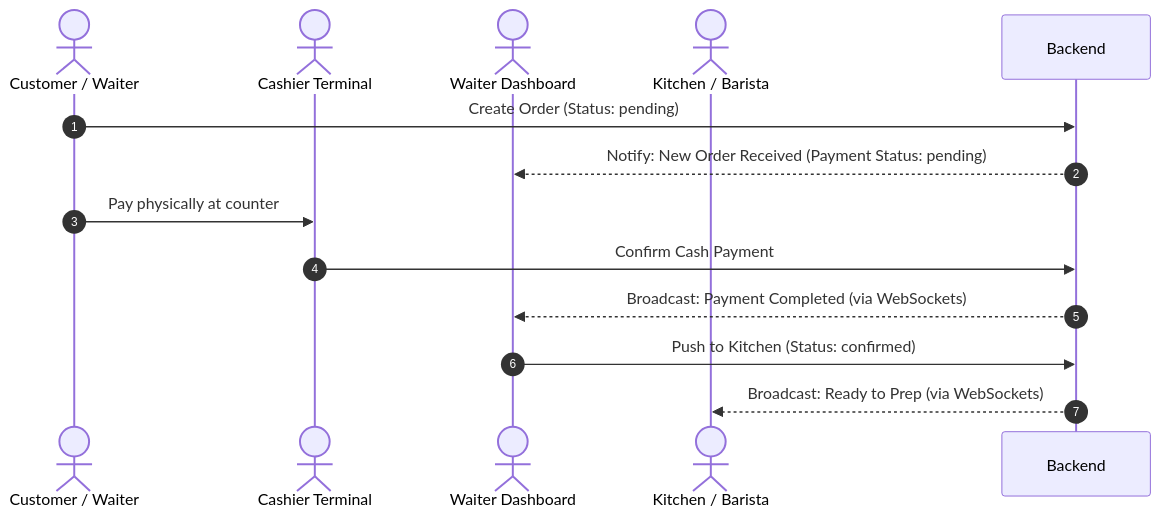
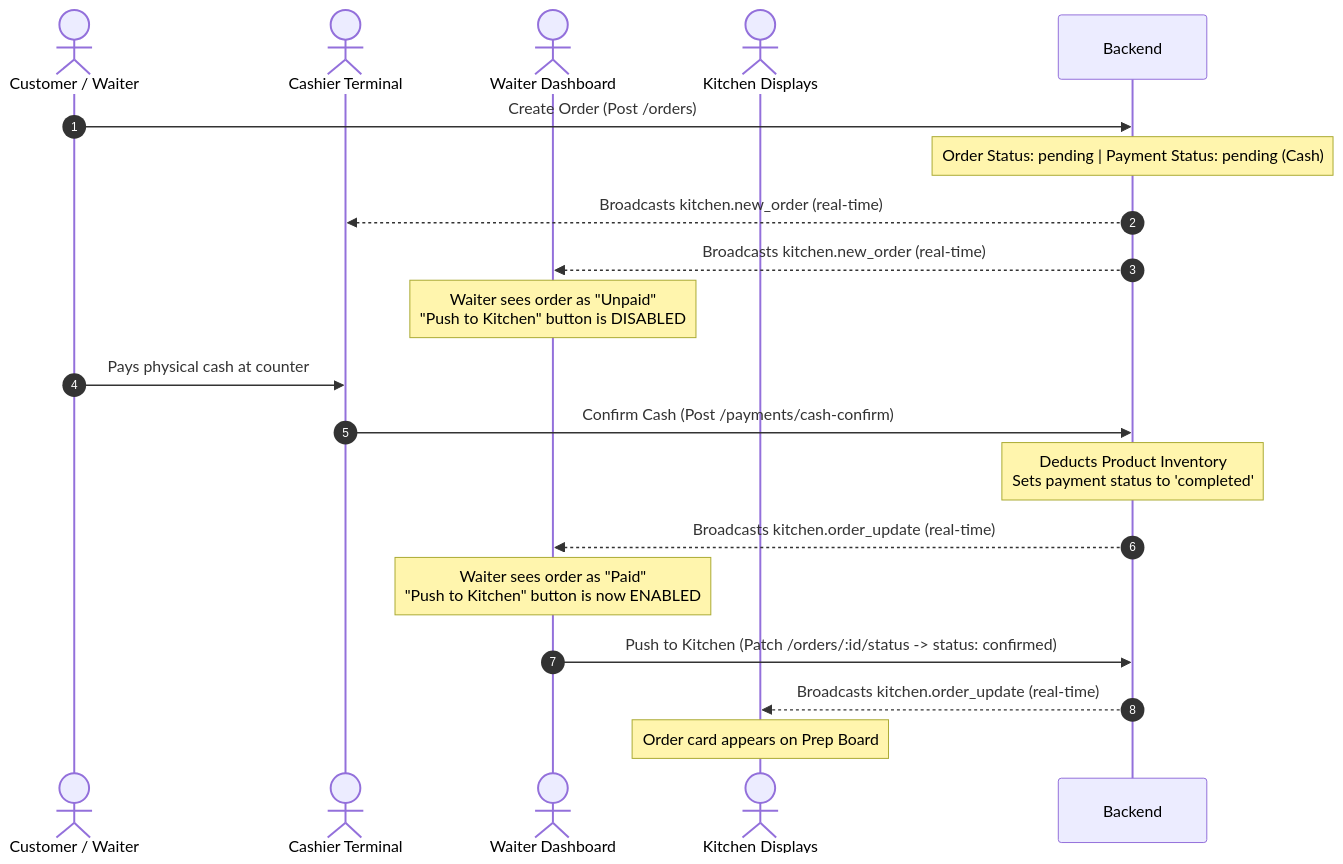
One commit to moges741/cafe-management changed the second of 3 diagrams in README.md. Above: the diagram before and after it, drawn with Mermaid. The commit also changed other lines of this file, not shown here.

````diff
--- a/README.md
+++ b/README.md
@@ -60,16 +46,22 @@
 ```mermaid
 sequenceDiagram
     autonumber
     actor Customer as Customer / Waiter
     actor Cashier as Cashier Terminal
     actor Waiter as Waiter Dashboard
-    actor Kitchen as Kitchen / Barista
+    actor Kitchen as Kitchen Displays
 
-    Customer->>Backend: Create Order (Status: pending)
-    Backend-->>Waiter: Notify: New Order Received (Payment Status: pending)
-    Customer->>Cashier: Pay physically at counter
-    Cashier->>Backend: Confirm Cash Payment
-    Backend-->>Waiter: Broadcast: Payment Completed (via WebSockets)
-    Waiter->>Backend: Push to Kitchen (Status: confirmed)
-    Backend-->>Kitchen: Broadcast: Ready to Prep (via WebSockets)
+    Customer->>Backend: Create Order (Post /orders)
+    Note over Backend: Order Status: pending | Payment Status: pending (Cash)
+    Backend-->>Cashier: Broadcasts kitchen.new_order (real-time)
+    Backend-->>Waiter: Broadcasts kitchen.new_order (real-time)
+    Note over Waiter: Waiter sees order as "Unpaid"<br/>"Push to Kitchen" button is DISABLED
+    Customer->>Cashier: Pays physical cash at counter
+    Cashier->>Backend: Confirm Cash (Post /payments/cash-confirm)
+    Note over Backend: Deducts Product Inventory<br/>Sets payment status to 'completed'
+    Backend-->>Waiter: Broadcasts kitchen.order_update (real-time)
+    Note over Waiter: Waiter sees order as "Paid"<br/>"Push to Kitchen" button is now ENABLED
+    Waiter->>Backend: Push to Kitchen (Patch /orders/:id/status -> status: confirmed)
+    Backend-->>Kitchen: Broadcasts kitchen.order_update (real-time)
+    Note over Kitchen: Order card appears on Prep Board
 ```
````
